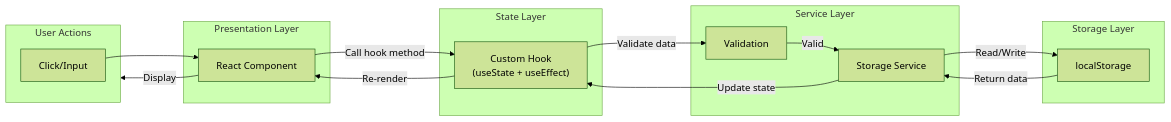
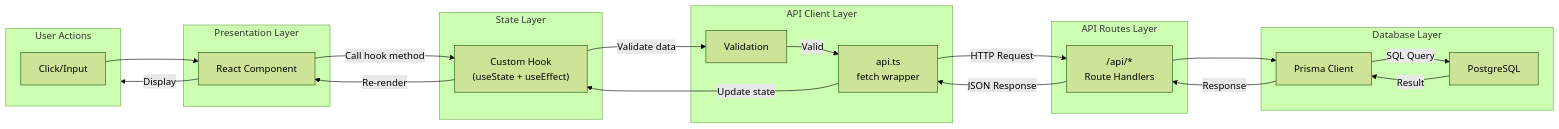
Before and after one commit to FirstRe/AIFIRST: diagram 12 of 14 in docs/technical-spec.md, drawn with Mermaid (forest theme). The commit also changed other lines of this file and 36 other files, not shown here.

````diff
--- a/docs/technical-spec.md
+++ b/docs/technical-spec.md
@@ -982,33 +1410,42 @@
 ```mermaid
 flowchart LR
     subgraph User["User Actions"]
         Click["Click/Input"]
     end
 
     subgraph Presentation["Presentation Layer"]
         Component["React Component"]
     end
 
     subgraph State["State Layer"]
         Hook["Custom Hook<br/>(useState + useEffect)"]
     end
 
-    subgraph Service["Service Layer"]
-        StorageService["Storage Service"]
+    subgraph Client["API Client Layer"]
+        APIClient["api.ts<br/>fetch wrapper"]
         ValidationService["Validation"]
     end
 
-    subgraph Storage["Storage Layer"]
-        LS["localStorage"]
+    subgraph API["API Routes Layer"]
+        Routes["/api/*<br/>Route Handlers"]
+    end
+
+    subgraph DB["Database Layer"]
+        Prisma["Prisma Client"]
+        PG["PostgreSQL"]
     end
 
     Click --> Component
     Component --> |"Call hook method"| Hook
     Hook --> |"Validate data"| ValidationService
-    ValidationService --> |"Valid"| StorageService
-    StorageService --> |"Read/Write"| LS
-    LS --> |"Return data"| StorageService
-    StorageService --> |"Update state"| Hook
+    ValidationService --> |"Valid"| APIClient
+    APIClient --> |"HTTP Request"| Routes
+    Routes --> Prisma
+    Prisma --> |"SQL Query"| PG
+    PG --> |"Result"| Prisma
+    Prisma --> |"Response"| Routes
+    Routes --> |"JSON Response"| APIClient
+    APIClient --> |"Update state"| Hook
     Hook --> |"Re-render"| Component
     Component --> |"Display"| User
 ```
````
